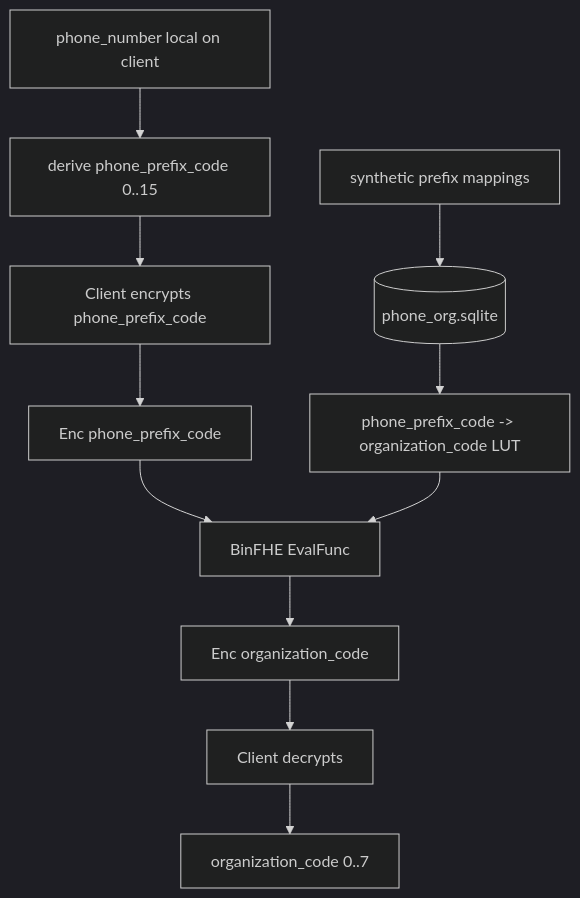
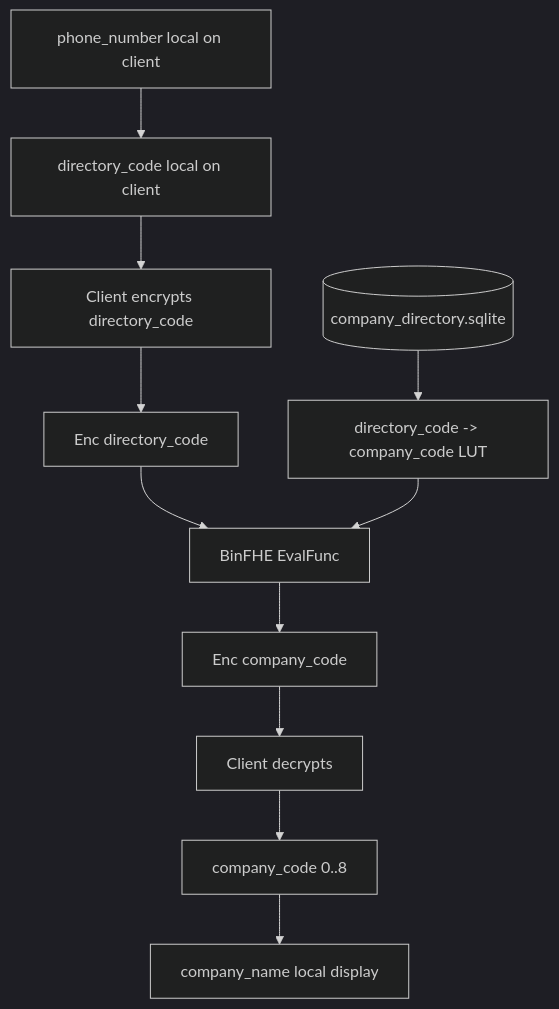
Before and after one commit to Nhatcao1/he_profiler: the diagram in ARCHITECTURE_DIAGRAM.md, drawn with Mermaid (dark theme). The commit also changed other lines of this file and 8 other files, not shown here.

Commit message:
Use company directory codes for private LUT demo

````diff
--- a/ARCHITECTURE_DIAGRAM.md
+++ b/ARCHITECTURE_DIAGRAM.md
@@ -14,15 +15,14 @@
 ```mermaid
 flowchart TD
-    S[synthetic prefix mappings] --> DB[(phone_org.sqlite)]
-    DB --> LUT[phone_prefix_code -> organization_code LUT]
+    PHONE[phone_number local on client] --> DC[directory_code local on client]
+    DC --> ENC[Client encrypts directory_code]
+    ENC --> CT[Enc directory_code]
 
-    PHONE[phone_number local on client] --> PREFIX[derive phone_prefix_code 0..15]
-    PREFIX --> ENC[Client encrypts phone_prefix_code]
-    ENC --> CT[Enc phone_prefix_code]
-
+    DIR[(company_directory.sqlite)] --> LUT[directory_code -> company_code LUT]
     CT --> EVAL[BinFHE EvalFunc]
     LUT --> EVAL
-    EVAL --> OUT[Enc organization_code]
+    EVAL --> OUT[Enc company_code]
     OUT --> DEC[Client decrypts]
-    DEC --> FINAL[organization_code 0..7]
+    DEC --> CODE[company_code 0..8]
+    CODE --> NAME[company_name local display]
 ```
````
